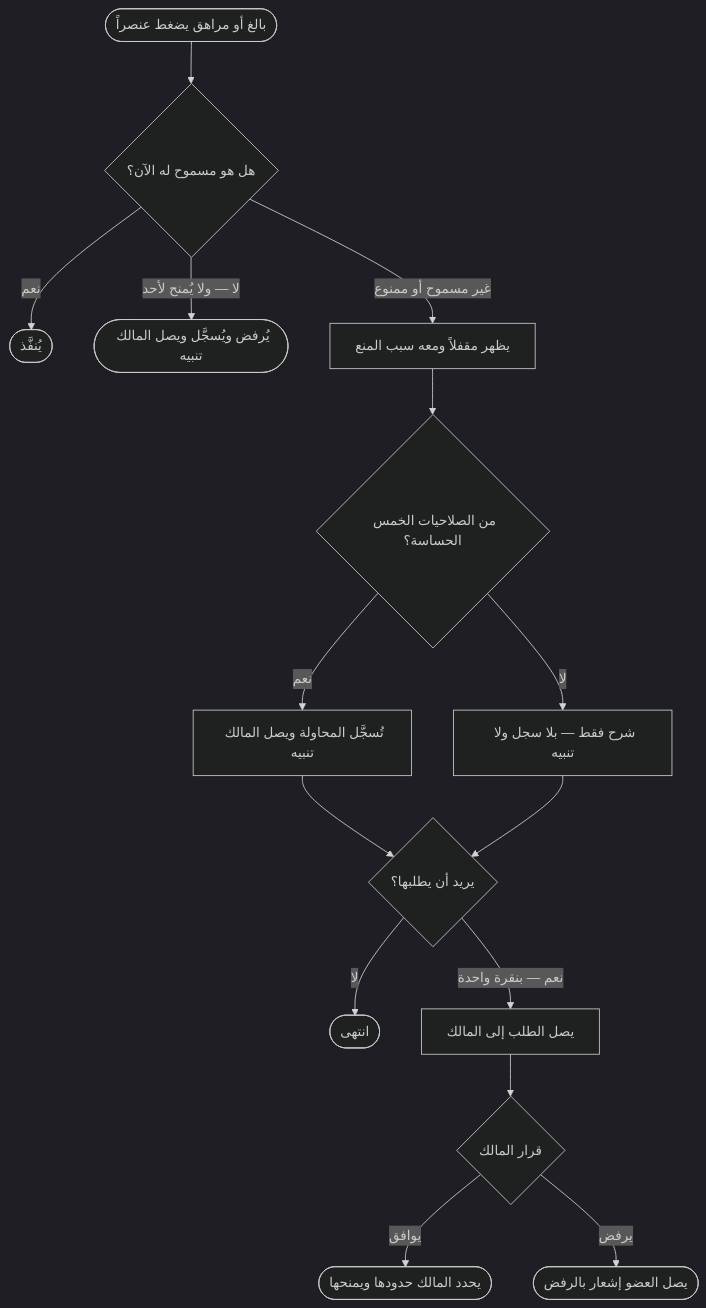
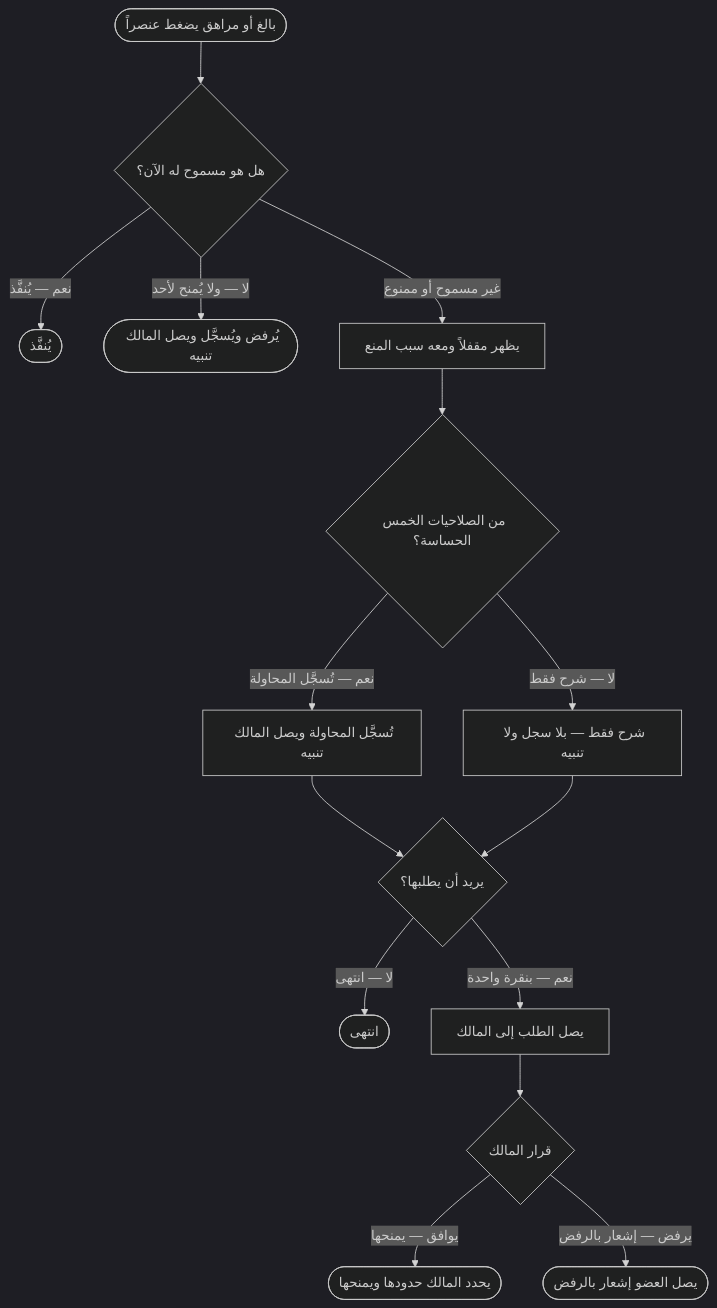
One commit to Bassam-mohammed-alqaeadi/family-os-v2 changed diagram 24 of 40 in docs/family-os/governance/phases/phase-1/S1-03-family-roles-and-permissions/DIAGRAMS.md. Above: the diagram before and after it, drawn with Mermaid (dark theme). The commit also changed other lines of this file, not shown here.

Commit message:
إصلاح S1-03 (فحص GitHub بعد الشكل 2) — §4-د/4-هـ/4-و و§6: توسيع تسميات «نعم/لا» + فروع «لا» في 6-هـ وتقسيمها إلى لوحتين

````diff
--- a/docs/family-os/governance/phases/phase-1/S1-03-family-roles-and-permissions/DIAGRAMS.md
+++ b/docs/family-os/governance/phases/phase-1/S1-03-family-roles-and-permissions/DIAGRAMS.md
@@ -974,17 +976,17 @@
 ```mermaid
 flowchart TD
     E1([بالغ أو مراهق يضغط عنصراً]) --> E2{هل هو مسموح له الآن؟}
-    E2 -->|نعم| E3([يُنفَّذ])
+    E2 -->|نعم — يُنفَّذ| E3([يُنفَّذ])
     E2 -->|لا — ولا يُمنح لأحد| E4([يُرفض ويُسجَّل ويصل المالك تنبيه])
     E2 -->|غير مسموح أو ممنوع| E5[يظهر مقفلاً ومعه سبب المنع]
     E5 --> E6{من الصلاحيات الخمس الحساسة؟}
-    E6 -->|نعم| E7[تُسجَّل المحاولة ويصل المالك تنبيه]
-    E6 -->|لا| E8[شرح فقط — بلا سجل ولا تنبيه]
+    E6 -->|نعم — تُسجَّل المحاولة| E7[تُسجَّل المحاولة ويصل المالك تنبيه]
+    E6 -->|لا — شرح فقط| E8[شرح فقط — بلا سجل ولا تنبيه]
     E7 --> E9{يريد أن يطلبها؟}
     E8 --> E9
-    E9 -->|لا| E10([انتهى])
+    E9 -->|لا — انتهى| E10([انتهى])
     E9 -->|نعم — بنقرة واحدة| E11[يصل الطلب إلى المالك]
     E11 --> E12{قرار المالك}
-    E12 -->|يوافق| E13([يحدد المالك حدودها ويمنحها])
-    E12 -->|يرفض| E14([يصل العضو إشعار بالرفض])
+    E12 -->|يوافق — يمنحها| E13([يحدد المالك حدودها ويمنحها])
+    E12 -->|يرفض — إشعار بالرفض| E14([يصل العضو إشعار بالرفض])
 ```
````
